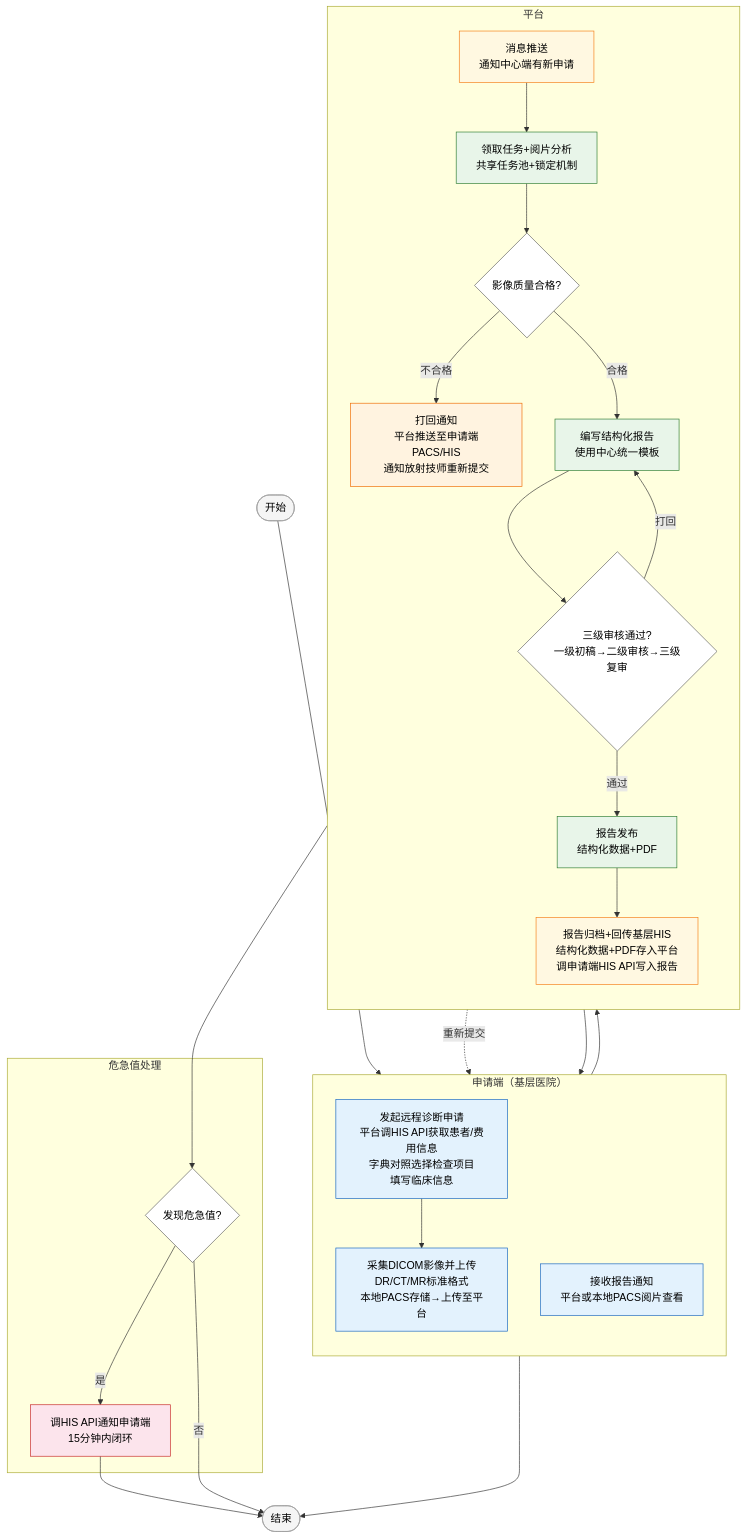
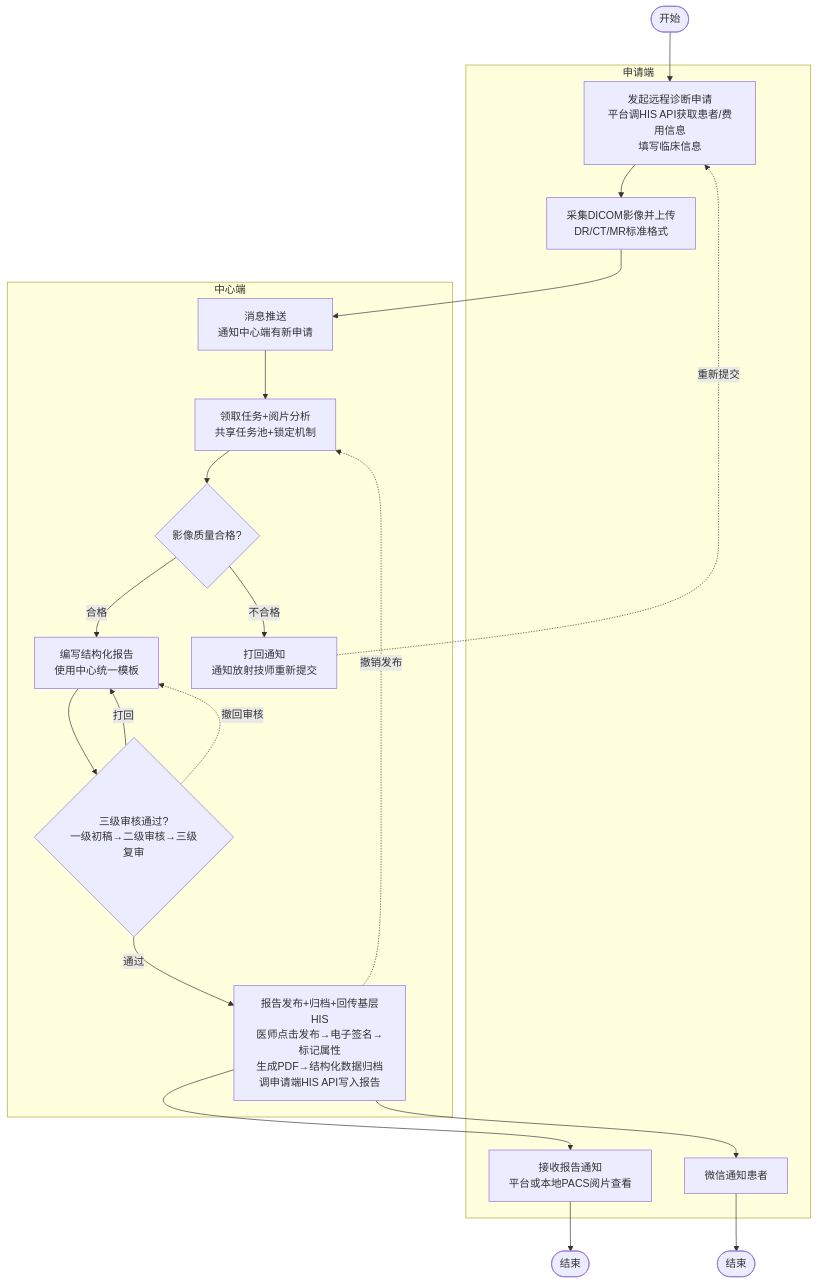
The first of 2 diagrams in 协同平台/需求规约 - 影像诊断中心系统.md (taskMain/Lis), drawn with Mermaid before and after one commit. The commit also changed other lines of this file and 17 other files, not shown here.

````diff
--- a/协同平台/需求规约 - 影像诊断中心系统.md
+++ b/协同平台/需求规约 - 影像诊断中心系统.md
@@ -453,53 +253,31 @@
 ```mermaid
-flowchart TD
-    subgraph S1["申请端（基层医院）"]
-        direction TB
-        A1["发起远程诊断申请<br/>平台调HIS API获取患者/费用信息<br/>字典对照选择检查项目<br/>填写临床信息"]
-        A2["采集DICOM影像并上传<br/>DR/CT/MR标准格式<br/>本地PACS存储→上传至平台"]
-        A3["接收报告通知<br/>平台或本地PACS阅片查看"]
+graph TD
+    subgraph 申请端
+        A1[发起远程诊断申请<br/>平台调HIS API获取患者/费用信息<br/>填写临床信息]
+        A2[采集DICOM影像并上传<br/>DR/CT/MR标准格式]
+        A3[接收报告通知<br/>平台或本地PACS阅片查看]
+        A4[微信通知患者]
     end
 
-    subgraph S2["平台"]
-        direction TB
-        B1["消息推送<br/>通知中心端有新申请"]
-        C1["领取任务+阅片分析<br/>共享任务池+锁定机制"]
-        C2{"影像质量合格?"}
-        C3["编写结构化报告<br/>使用中心统一模板"]
-        C4{"三级审核通过?<br/>一级初稿→二级审核→三级复审"}
-        C5["报告发布<br/>结构化数据+PDF"]
-        B2["报告归档+回传基层HIS<br/>结构化数据+PDF存入平台<br/>调申请端HIS API写入报告"]
-        B3["打回通知<br/>平台推送至申请端PACS/HIS<br/>通知放射技师重新提交"]
+    subgraph 中心端
+        B1[消息推送<br/>通知中心端有新申请]
+        C1[领取任务+阅片分析<br/>共享任务池+锁定机制]
+        C2{影像质量合格?}
+        C3[编写结构化报告<br/>使用中心统一模板]
+        C4{三级审核通过?<br/>一级初稿→二级审核→三级复审}
+        C5[报告发布+归档+回传基层HIS<br/>医师点击发布→电子签名→标记属性<br/>生成PDF→结构化数据归档<br/>调申请端HIS API写入报告]
+        B3[打回通知<br/>通知放射技师重新提交]
     end
 
-    subgraph S3["危急值处理"]
-        D1{"发现危急值?"}
-        D2["调HIS API通知申请端<br/>15分钟内闭环"]
-    end
-
-    START(["开始"]) --> A1 --> A2 --> B1 --> C1 --> C2
-    C2 -- "不合格" --> B3
-    B3 -. "重新提交" .-> A1
+    START([开始]) --> A1 --> A2 --> B1 --> C1 --> C2
+    C2 -- 不合格 --> B3
+    B3 -. 重新提交 .-> A1
     C2 -- 合格 --> C3 --> C4
-    C4 -- "打回" --> C3
-    C4 -- 通过 --> C5 --> B2 --> A3
-    B2 --> D1
-    A3 --> END(["结束"])
-    D1 -- 是 --> D2 --> END
-    D1 -- 否 --> END
-
-    classDef apply fill:#e3f2fd,stroke:#1565c0,color:#000
-    classDef platform fill:#fff8e1,stroke:#f57f17,color:#000
-    classDef center fill:#e8f5e9,stroke:#2e7d32,color:#000
-    classDef reject fill:#fff3e0,stroke:#ef6c00,color:#000
-    classDef critical fill:#fce4ec,stroke:#c62828,color:#000
-    classDef decision fill:#ffffff,stroke:#616161,color:#000
-    classDef endpoint fill:#f5f5f5,stroke:#9e9e9e,color:#000
-
-    class A1,A2,A3 apply
-    class B1,B2,B3 platform
-    class C1,C3,C5 center
-    class B3 reject
-    class C2,C4,D1 decision
-    class D2 critical
-    class START,END endpoint
+    C4 -- 打回 --> C3
+    C4 -- 通过 --> C5 --> A3
+    C5 --> A4
+    C4 -. 撤回审核 .-> C3
+    C5 -. 撤销发布 .-> C1
+    A3 --> END([结束])
+    A4 --> END2([结束])
 ```
````
